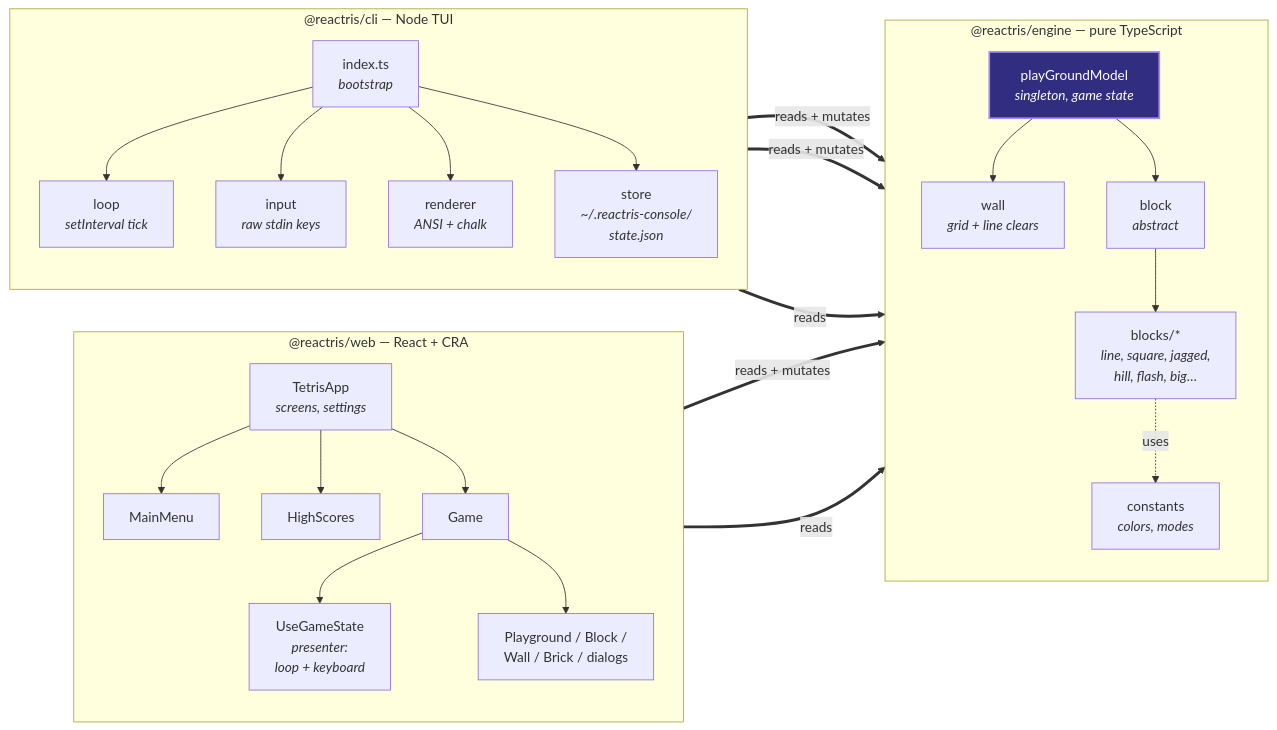
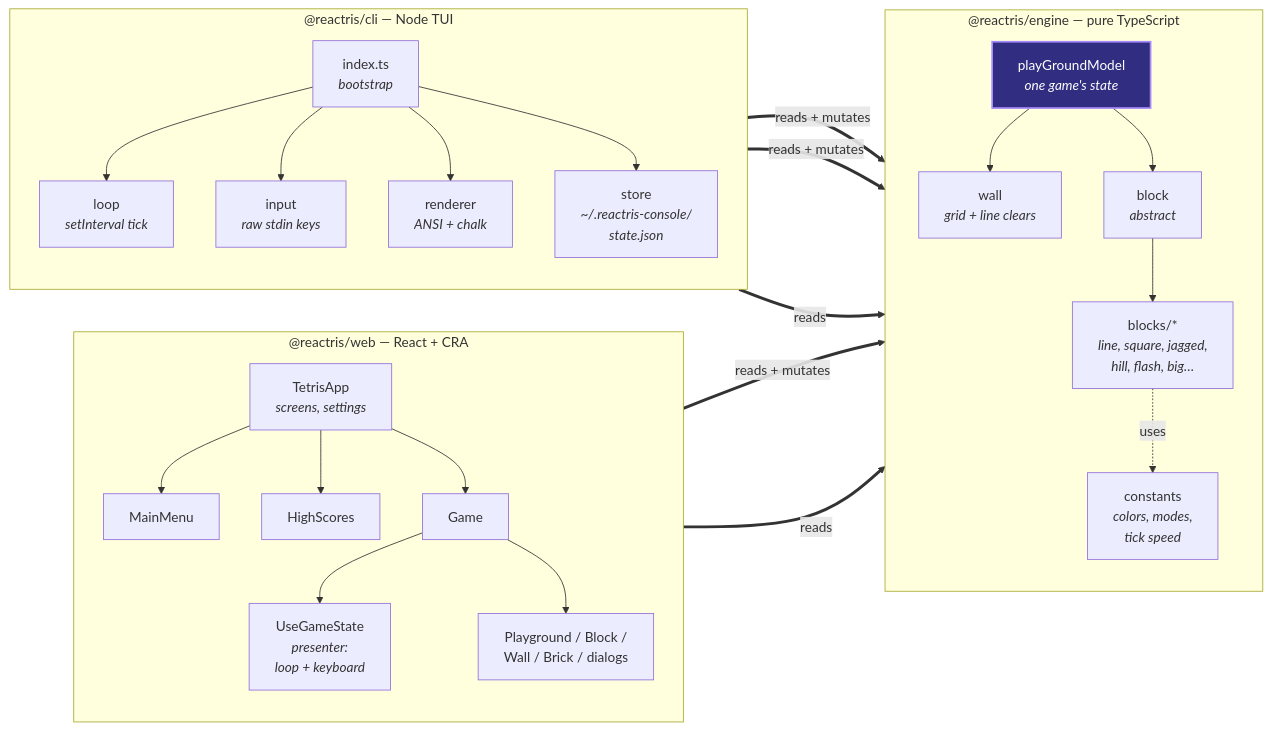
Before and after one commit to pertan4711/reactris: the diagram in README.md, drawn with Mermaid. The commit also changed other lines of this file and 4 other files, not shown here.

````diff
--- a/README.md
+++ b/README.md
@@ -96,53 +136,53 @@
 ```mermaid
 flowchart LR
     subgraph engine ["@reactris/engine — pure TypeScript"]
         direction TB
-        PG[playGroundModel<br/><i>singleton, game state</i>]
+        PG[playGroundModel<br/><i>one game's state</i>]
         WALL[wall<br/><i>grid + line clears</i>]
         BLOCK[block<br/><i>abstract</i>]
         BLOCKS[blocks/*<br/><i>line, square, jagged,<br/>hill, flash, big…</i>]
-        CONST[constants<br/><i>colors, modes</i>]
+        CONST[constants<br/><i>colors, modes,<br/>tick speed</i>]
         PG --> WALL
         PG --> BLOCK
         BLOCK --> BLOCKS
         BLOCKS -.uses.-> CONST
     end
 
     subgraph web ["@reactris/web — React + CRA"]
         direction TB
         TA[TetrisApp<br/><i>screens, settings</i>]
         MM[MainMenu]
         HS[HighScores]
         GAME[Game]
         UGS[UseGameState<br/><i>presenter:<br/>loop + keyboard</i>]
         VIEW[Playground / Block /<br/>Wall / Brick / dialogs]
         TA --> MM
         TA --> HS
         TA --> GAME
         GAME --> UGS
         GAME --> VIEW
     end
 
     subgraph cli ["@reactris/cli — Node TUI"]
         direction TB
         IDX[index.ts<br/><i>bootstrap</i>]
         LOOP[loop<br/><i>setInterval tick</i>]
         INPUT[input<br/><i>raw stdin keys</i>]
         REND[renderer<br/><i>ANSI + chalk</i>]
         STORE[store<br/><i>~/.reactris-console/<br/>state.json</i>]
         IDX --> LOOP
         IDX --> INPUT
         IDX --> REND
         IDX --> STORE
     end
 
     UGS ==reads + mutates==> PG
     VIEW ==reads==> PG
     LOOP ==reads + mutates==> PG
     INPUT ==reads + mutates==> PG
     REND ==reads==> PG
 
     classDef pkg fill:#1f2937,stroke:#60a5fa,stroke-width:2px,color:#fff
     classDef hub fill:#312e81,stroke:#a78bfa,stroke-width:2px,color:#fff
     class PG hub
 ```
````
